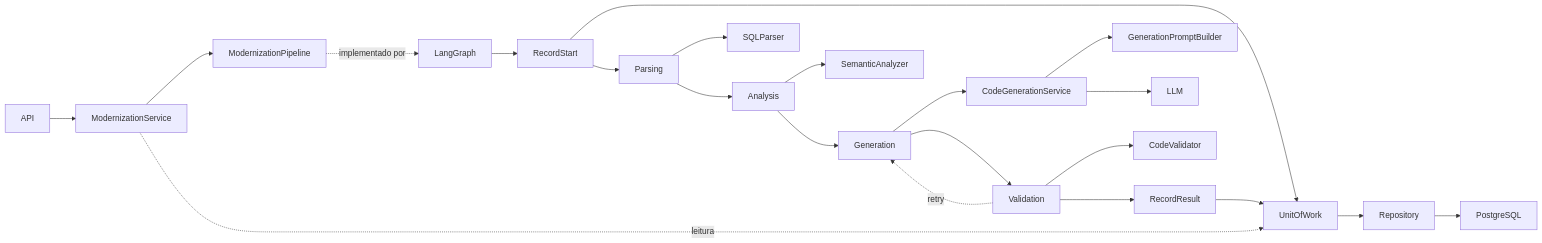
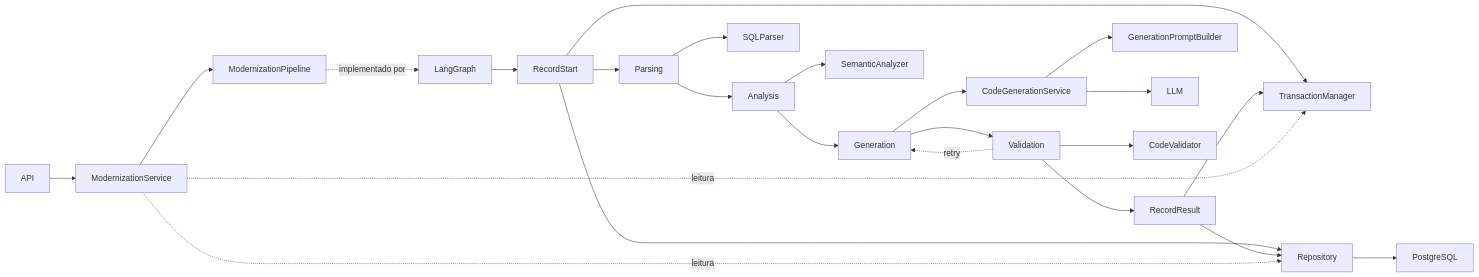
The first of 3 diagrams in README.md (pedro-nuness/desafio-tecnico-sql-python), drawn with Mermaid before and after one commit. The commit also changed other lines of this file and 18 other files, not shown here.

First line of the commit message:
refactor: replace UnitOfWork with TransactionManager for improved transaction handling

````diff
--- a/README.md
+++ b/README.md
@@ -142,26 +142,28 @@
 ```mermaid
 flowchart LR
     API --> ModernizationService
     ModernizationService --> ModernizationPipeline
     ModernizationPipeline -. implementado por .-> LangGraph
     LangGraph --> RecordStart
     RecordStart --> Parsing
     Parsing --> Analysis
     Analysis --> Generation
     Generation --> Validation
     Validation -. retry .-> Generation
     Validation --> RecordResult
 
     Parsing --> SQLParser
     Analysis --> SemanticAnalyzer
     Generation --> CodeGenerationService
     CodeGenerationService --> GenerationPromptBuilder
     CodeGenerationService --> LLM
     Validation --> CodeValidator
 
-    RecordStart --> UnitOfWork
-    RecordResult --> UnitOfWork
-    ModernizationService -. leitura .-> UnitOfWork
-    UnitOfWork --> Repository
+    RecordStart --> TransactionManager
+    RecordResult --> TransactionManager
+    ModernizationService -. leitura .-> TransactionManager
+    RecordStart --> Repository
+    RecordResult --> Repository
+    ModernizationService -. leitura .-> Repository
     Repository --> PostgreSQL
 ```
````
